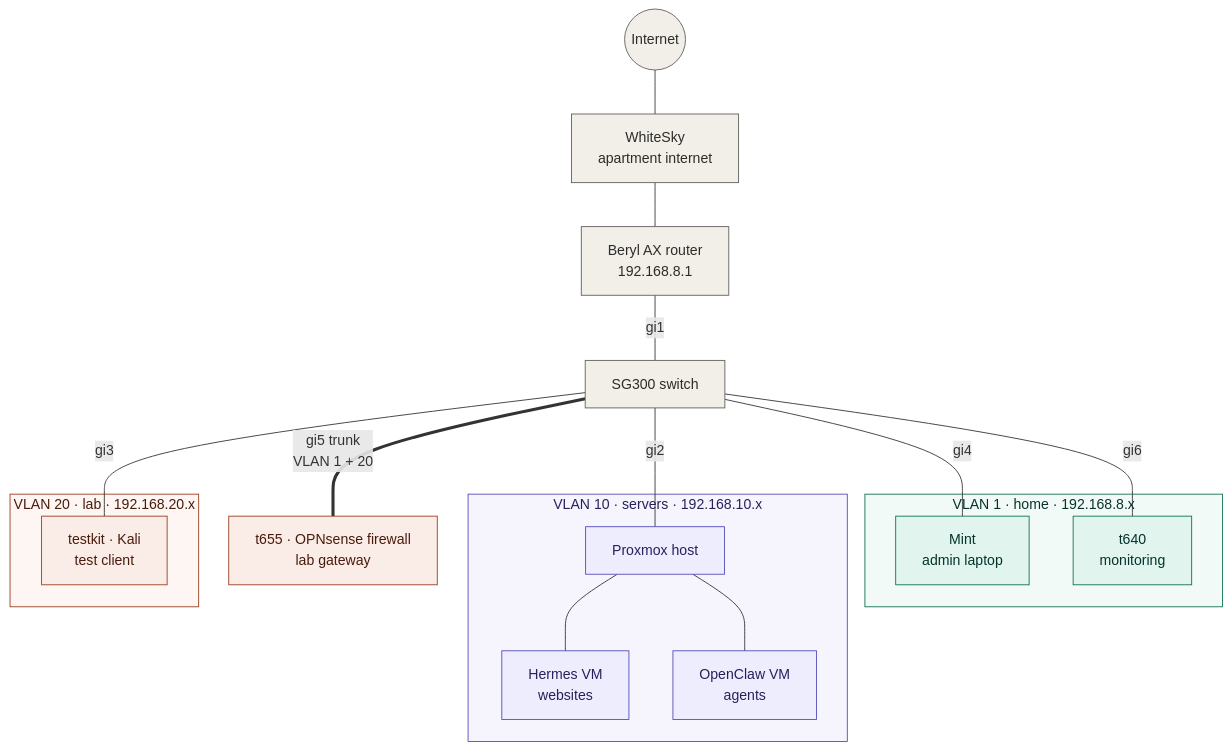
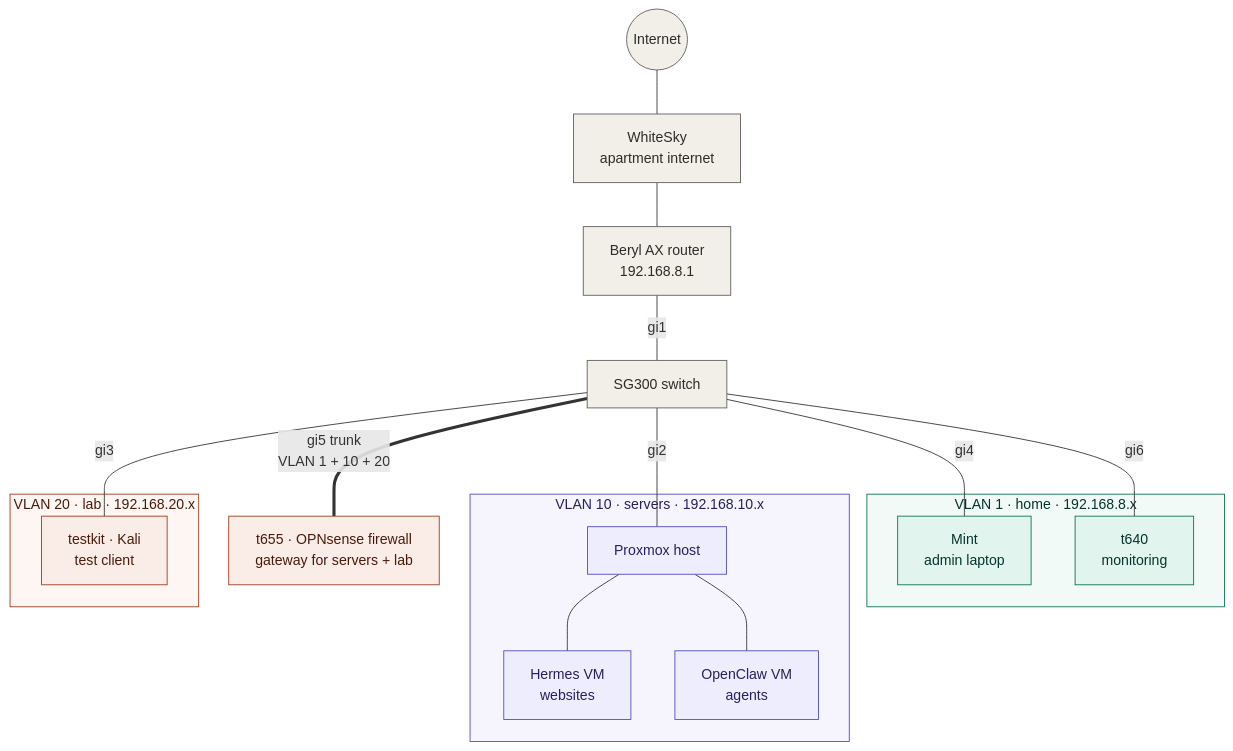
The first of 4 diagrams in README.md (gibbsthedev/homelab), drawn with Mermaid before and after one commit. The commit also changed other lines of this file, not shown here.

````diff
--- a/README.md
+++ b/README.md
@@ -28,46 +28,46 @@
 ```mermaid
 flowchart TB
     internet(("Internet"))
     isp["WhiteSky<br/>apartment internet"]
     beryl["Beryl AX router<br/>192.168.8.1"]
     sw["SG300 switch"]
-    fw["t655 · OPNsense firewall<br/>lab gateway"]
+    fw["t655 · OPNsense firewall<br/>gateway for servers + lab"]
 
     internet --- isp --- beryl
     beryl ---|"gi1"| sw
 
     subgraph v1["VLAN 1 · home · 192.168.8.x"]
         mint["Mint<br/>admin laptop"]
         mon["t640<br/>monitoring"]
     end
 
     subgraph v10["VLAN 10 · servers · 192.168.10.x"]
         pve["Proxmox host"]
         hermes["Hermes VM<br/>websites"]
         oc["OpenClaw VM<br/>agents"]
         pve --- hermes
         pve --- oc
     end
 
     subgraph v20["VLAN 20 · lab · 192.168.20.x"]
         tk["testkit · Kali<br/>test client"]
     end
 
     sw ---|"gi2"| pve
     sw ---|"gi4"| mint
     sw ---|"gi6"| mon
-    sw ===|"gi5 trunk<br/>VLAN 1 + 20"| fw
+    sw ===|"gi5 trunk<br/>VLAN 1 + 10 + 20"| fw
     sw ---|"gi3"| tk
 
     classDef lab fill:#FAECE7,stroke:#993C1D,color:#4A1B0C
     classDef home fill:#E1F5EE,stroke:#0F6E56,color:#04342C
     classDef srv fill:#EEEDFE,stroke:#534AB7,color:#26215C
     classDef edge fill:#F1EFE8,stroke:#5F5E5A,color:#2C2C2A
     class tk,fw lab
     class mint,mon home
     class pve,hermes,oc srv
     class internet,isp,beryl,sw edge
     style v20 fill:#FDF6F3,stroke:#993C1D,color:#4A1B0C
     style v1 fill:#F2FAF7,stroke:#0F6E56,color:#04342C
     style v10 fill:#F6F5FE,stroke:#534AB7,color:#26215C
 ```
````
